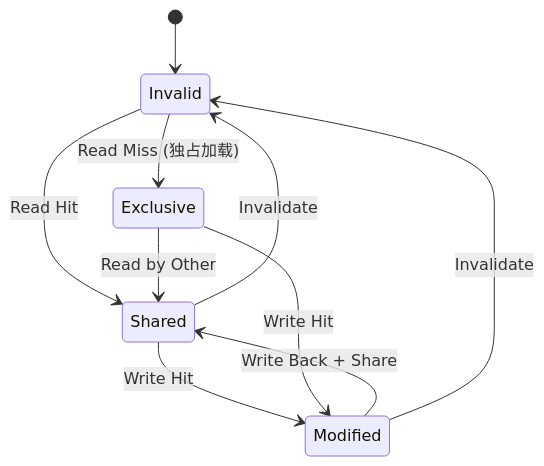
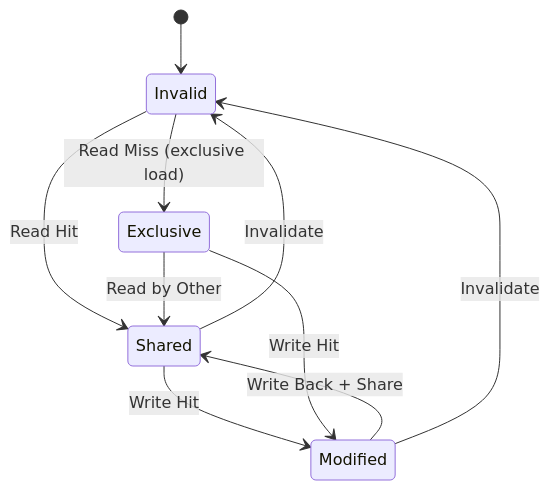
The fifth of 6 diagrams in docs/03-memory-system.md (skaiy/wild_agentos), drawn with Mermaid before and after one commit. The commit also changed other lines of this file and 23 other files, not shown here.

````diff
--- a/docs/03-memory-system.md
+++ b/docs/03-memory-system.md
@@ -482,12 +402,12 @@
 ```mermaid
 stateDiagram-v2
     [*] --> Invalid
     Invalid --> Shared: Read Hit
-    Invalid --> Exclusive: Read Miss (独占加载)
+    Invalid --> Exclusive: Read Miss (exclusive load)
     Shared --> Modified: Write Hit
     Shared --> Invalid: Invalidate
     Exclusive --> Modified: Write Hit
     Exclusive --> Shared: Read by Other
     Modified --> Shared: Write Back + Share
     Modified --> Invalid: Invalidate
 ```
````
